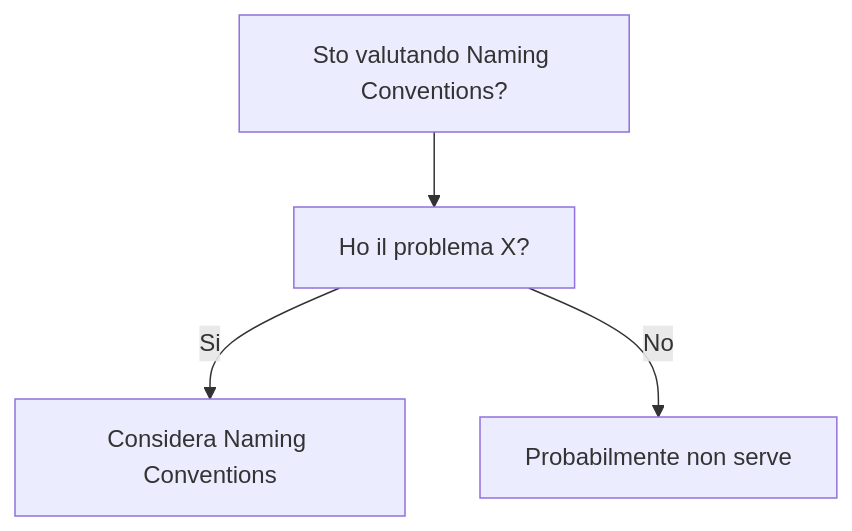
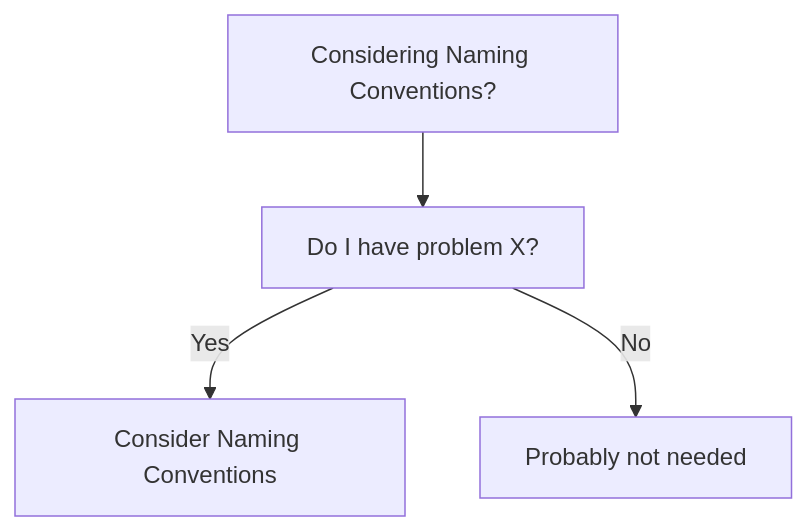
Before and after one commit to HxT9/Software-Dev-Wiki: the diagram in dev-wiki/01_Foundations/Naming_Conventions/When_To_Use.md, drawn with Mermaid. The commit also changed other lines of this file and 3444 other files, not shown here.

````diff
--- a/dev-wiki/01_Foundations/Naming_Conventions/When_To_Use.md
+++ b/dev-wiki/01_Foundations/Naming_Conventions/When_To_Use.md
@@ -19,6 +19,6 @@
 ```mermaid
 flowchart TD
-  Q[Sto valutando Naming Conventions?] --> Q1[Ho il problema X?]
-  Q1 -->|Si| OK[Considera Naming Conventions]
-  Q1 -->|No| NO[Probabilmente non serve]
+  Q[Considering Naming Conventions?] --> Q1[Do I have problem X?]
+  Q1 -->|Yes| OK[Consider Naming Conventions]
+  Q1 -->|No| NO[Probably not needed]
 ```
````
